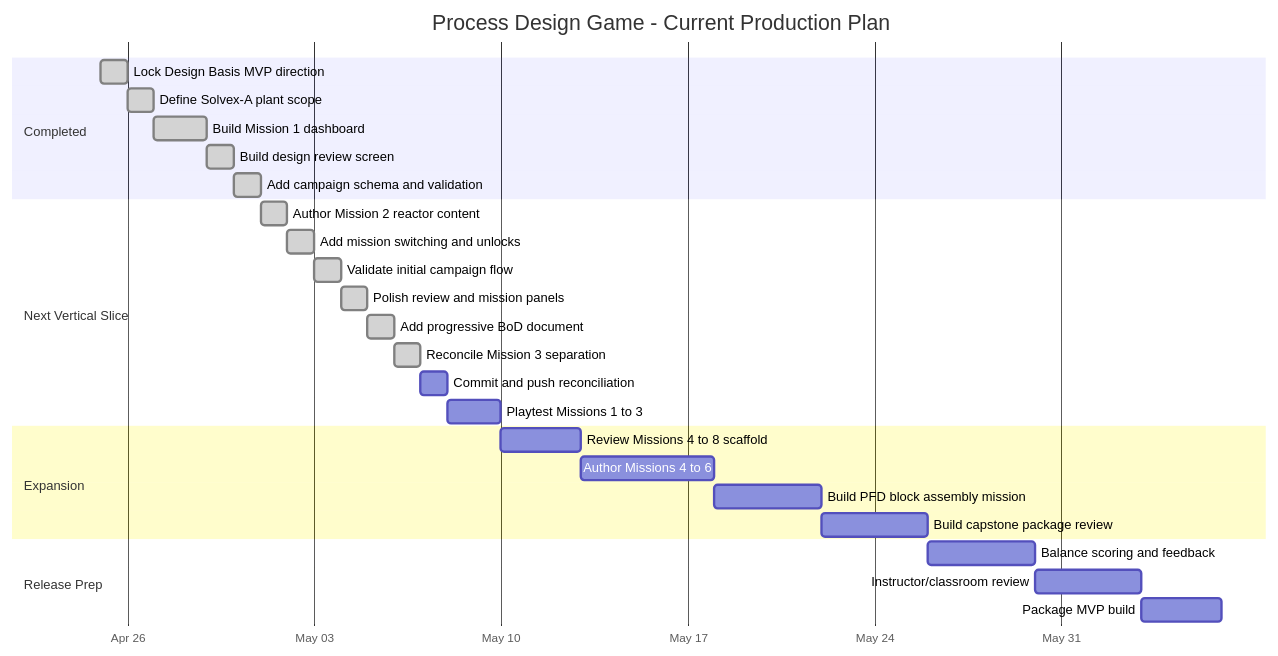
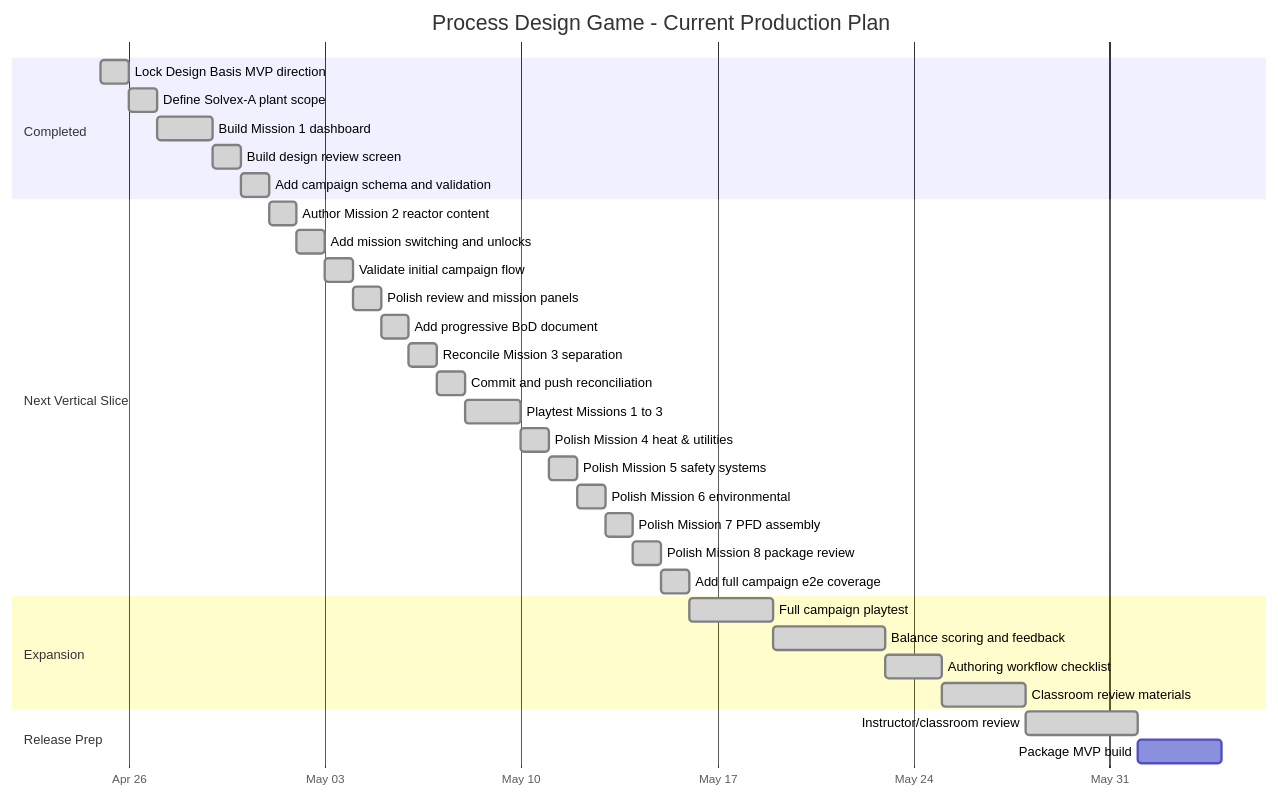
Before and after one commit to scds7xdxnd-bit/plant-ops-game: the diagram in plant-ops-game-vault/03-production-plan/Production Gantt Chart.md, drawn with Mermaid. The commit also changed other lines of this file and 20 other files, not shown here.

````diff
--- a/plant-ops-game-vault/03-production-plan/Production Gantt Chart.md
+++ b/plant-ops-game-vault/03-production-plan/Production Gantt Chart.md
@@ -7,34 +7,39 @@
 ```mermaid
 gantt
   title Process Design Game - Current Production Plan
   dateFormat  YYYY-MM-DD
   axisFormat  %b %d
 
   section Completed
   Lock Design Basis MVP direction     :done, a1, 2026-04-25, 1d
   Define Solvex-A plant scope         :done, a2, after a1, 1d
   Build Mission 1 dashboard           :done, a3, after a2, 2d
   Build design review screen          :done, a4, after a3, 1d
   Add campaign schema and validation  :done, a5, after a4, 1d
 
   section Next Vertical Slice
   Author Mission 2 reactor content    :done, b1, 2026-05-01, 1d
   Add mission switching and unlocks   :done, b2, after b1, 1d
   Validate initial campaign flow       :done, b3, after b2, 1d
   Polish review and mission panels     :done, b4, after b3, 1d
   Add progressive BoD document         :done, b5, after b4, 1d
   Reconcile Mission 3 separation       :done, b6, after b5, 1d
-  Commit and push reconciliation       :b7, after b6, 1d
-  Playtest Missions 1 to 3             :b8, after b7, 2d
+  Commit and push reconciliation       :done, b7, after b6, 1d
+  Playtest Missions 1 to 3             :done, b8, after b7, 2d
+  Polish Mission 4 heat & utilities     :done, b9, after b8, 1d
+  Polish Mission 5 safety systems       :done, b10, after b9, 1d
+  Polish Mission 6 environmental         :done, b11, after b10, 1d
+  Polish Mission 7 PFD assembly           :done, b12, after b11, 1d
+  Polish Mission 8 package review         :done, b13, after b12, 1d
+  Add full campaign e2e coverage          :done, b14, after b13, 1d
 
   section Expansion
-  Review Missions 4 to 8 scaffold      :c0, after b8, 3d
-  Author Missions 4 to 6              :c1, after c0, 5d
-  Build PFD block assembly mission     :c2, after c1, 4d
-  Build capstone package review        :c3, after c2, 4d
+  Full campaign playtest                  :done, c0, after b14, 3d
+  Balance scoring and feedback            :done, c1, after c0, 4d
+  Authoring workflow checklist            :done, c2, after c1, 2d
+  Classroom review materials              :done, c3, after c2, 3d
 
   section Release Prep
-  Balance scoring and feedback         :d1, after c3, 4d
-  Instructor/classroom review          :d2, after d1, 4d
+  Instructor/classroom review          :done, d2, after c3, 4d
   Package MVP build                    :d3, after d2, 3d
 ```
````
